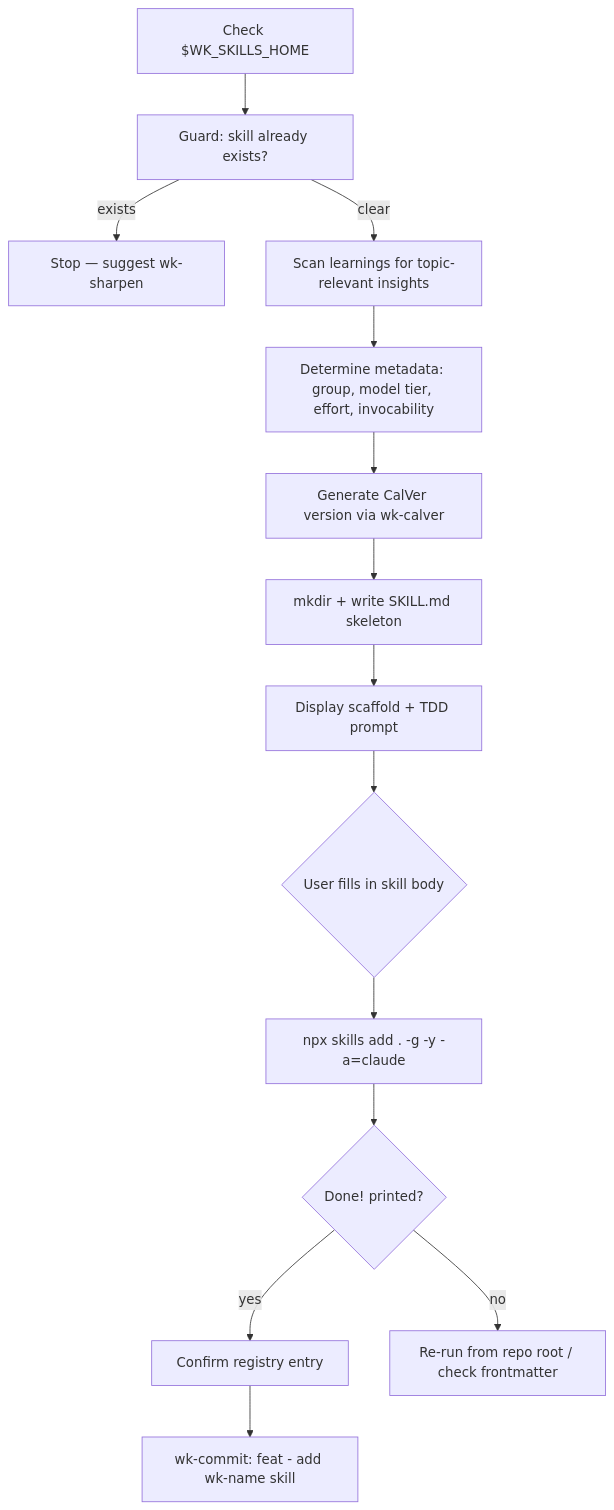
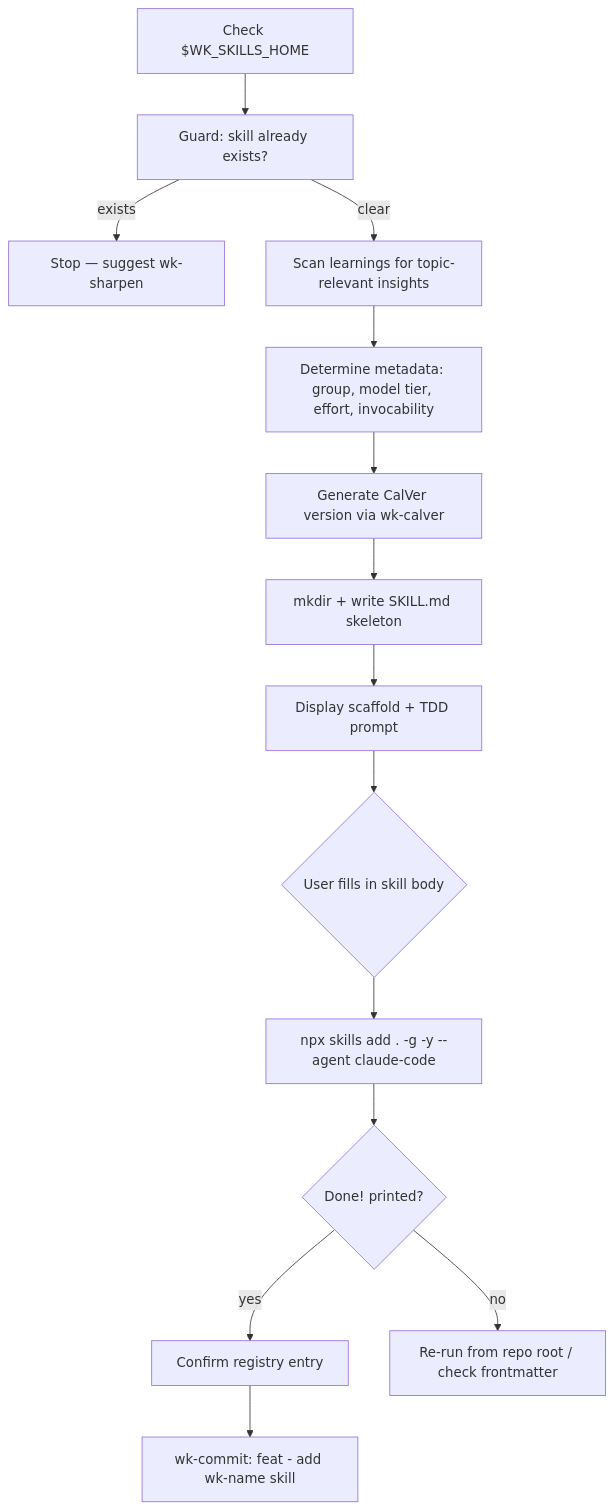
The diagram in skills/skill/README.md (whizzzkid/skills), drawn with Mermaid before and after one commit. The commit also changed other lines of this file and 137 other files, not shown here.

First line of the commit message:
fix(skills): 🛡️ preserve Claude-safe model routing

````diff
--- a/skills/skill/README.md
+++ b/skills/skill/README.md
@@ -16,19 +16,19 @@
 ```mermaid
 flowchart TD
     A[Check $WK_SKILLS_HOME] --> B[Guard: skill already exists?]
     B -->|exists| Z[Stop — suggest wk-sharpen]
     B -->|clear| C[Scan learnings for topic-relevant insights]
     C --> D[Determine metadata: group, model tier, effort, invocability]
     D --> E[Generate CalVer version via wk-calver]
     E --> F[mkdir + write SKILL.md skeleton]
     F --> G[Display scaffold + TDD prompt]
     G --> H{User fills in skill body}
-    H --> I[npx skills add . -g -y -a=claude]
+    H --> I[npx skills add . -g -y --agent claude-code]
     I --> J{Done! printed?}
     J -->|yes| K[Confirm registry entry]
     J -->|no| L[Re-run from repo root / check frontmatter]
     K --> M[wk-commit: feat - add wk-name skill]
     click Z href "https://github.com/whizzzkid/skills/blob/main/skills/sharpen/README.md" _blank
     click E href "https://github.com/whizzzkid/skills/blob/main/skills/calver/README.md" _blank
     click M href "https://github.com/whizzzkid/skills/blob/main/skills/commit/README.md" _blank
 ```
````
